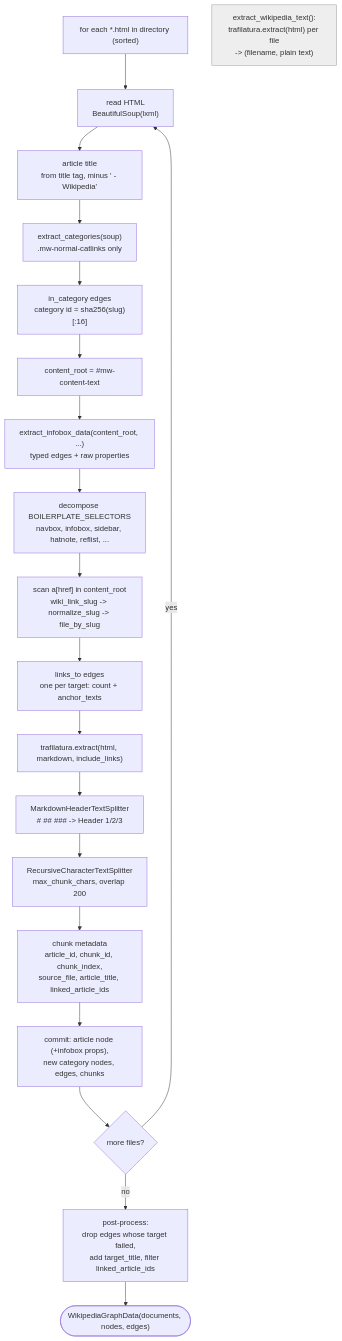
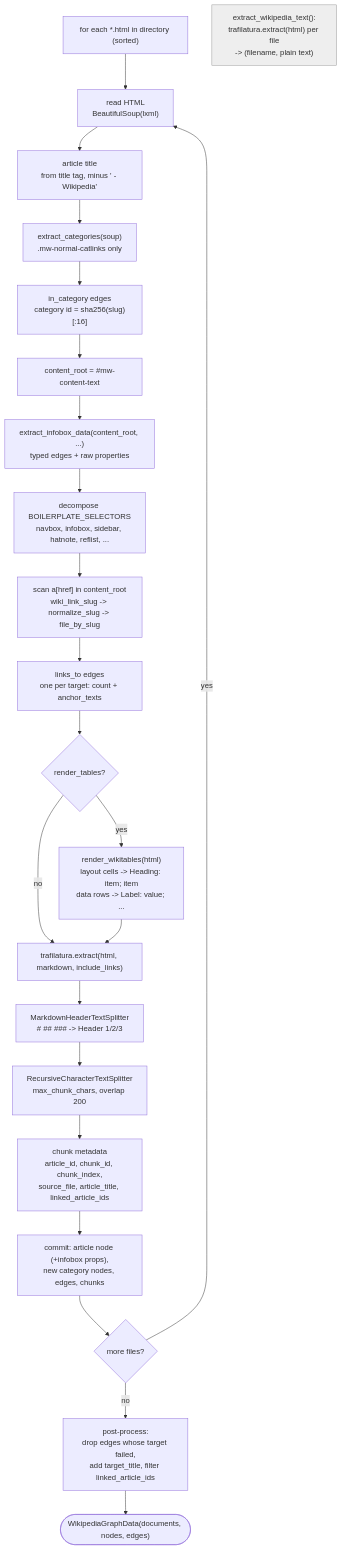
One commit to scampb06/MIT_RAG_Capstone changed the first of 2 diagrams in docs/Extract_text_and_links_from_wikis.md. Above: the diagram before and after it, drawn with Mermaid. The commit also changed other lines of this file and 46 other files, not shown here.

````diff
--- a/docs/Extract_text_and_links_from_wikis.md
+++ b/docs/Extract_text_and_links_from_wikis.md
@@ -79,24 +82,28 @@
 ```mermaid
 flowchart TD
     START["for each *.html in directory (sorted)"] --> READ["read HTML<br/>BeautifulSoup(lxml)"]
     READ --> TITLE["article title<br/>from title tag, minus ' - Wikipedia'"]
     TITLE --> CATS["extract_categories(soup)<br/>.mw-normal-catlinks only"]
     CATS --> CEDGES["in_category edges<br/>category id = sha256(slug)[:16]"]
     CEDGES --> ROOT["content_root = #mw-content-text"]
     ROOT --> INFO["extract_infobox_data(content_root, ...)<br/>typed edges + raw properties"]
     INFO --> STRIP["decompose BOILERPLATE_SELECTORS<br/>navbox, infobox, sidebar, hatnote, reflist, ..."]
     STRIP --> LINKS["scan a[href] in content_root<br/>wiki_link_slug -> normalize_slug -> file_by_slug"]
     LINKS --> LEDGES["links_to edges<br/>one per target: count + anchor_texts"]
-    LEDGES --> MD["trafilatura.extract(html, markdown, include_links)"]
+    LEDGES --> RT{"render_tables?"}
+    RT -- "yes" --> REND["render_wikitables(html)<br/>layout cells -> Heading: item; item<br/>data rows -> Label: value; ..."]
+    RT -- "no" --> MD
+    REND --> MD
+    MD["trafilatura.extract(html, markdown, include_links)"]
     MD --> H["MarkdownHeaderTextSplitter<br/># ## ### -> Header 1/2/3"]
     H --> R["RecursiveCharacterTextSplitter<br/>max_chunk_chars, overlap 200"]
     R --> META["chunk metadata<br/>article_id, chunk_id, chunk_index,<br/>source_file, article_title, linked_article_ids"]
     META --> COMMIT["commit: article node (+infobox props),<br/>new category nodes, edges, chunks"]
     COMMIT --> NEXT{"more files?"}
     NEXT -- yes --> READ
     NEXT -- no --> POST["post-process:<br/>drop edges whose target failed,<br/>add target_title, filter linked_article_ids"]
     POST --> OUT(["WikipediaGraphData(documents, nodes, edges)"])
 
     TEXT["extract_wikipedia_text():<br/>trafilatura.extract(html) per file<br/>-> (filename, plain text)"]
     style TEXT fill:#eee,stroke:#999
 ```
````
